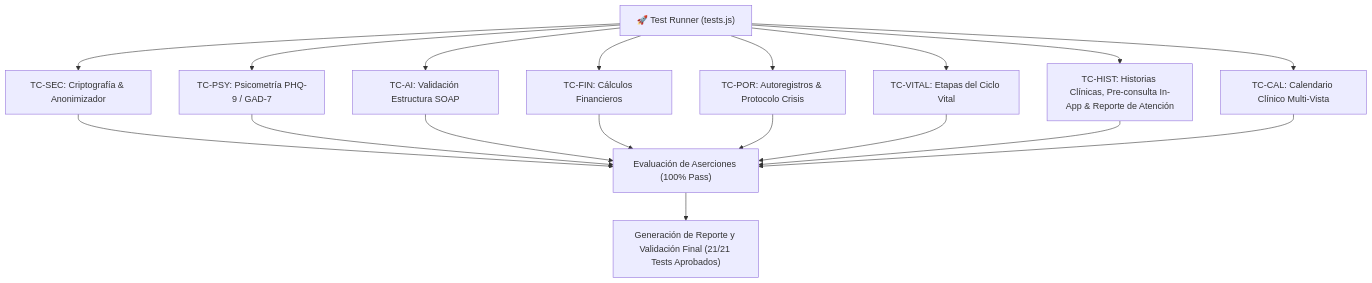
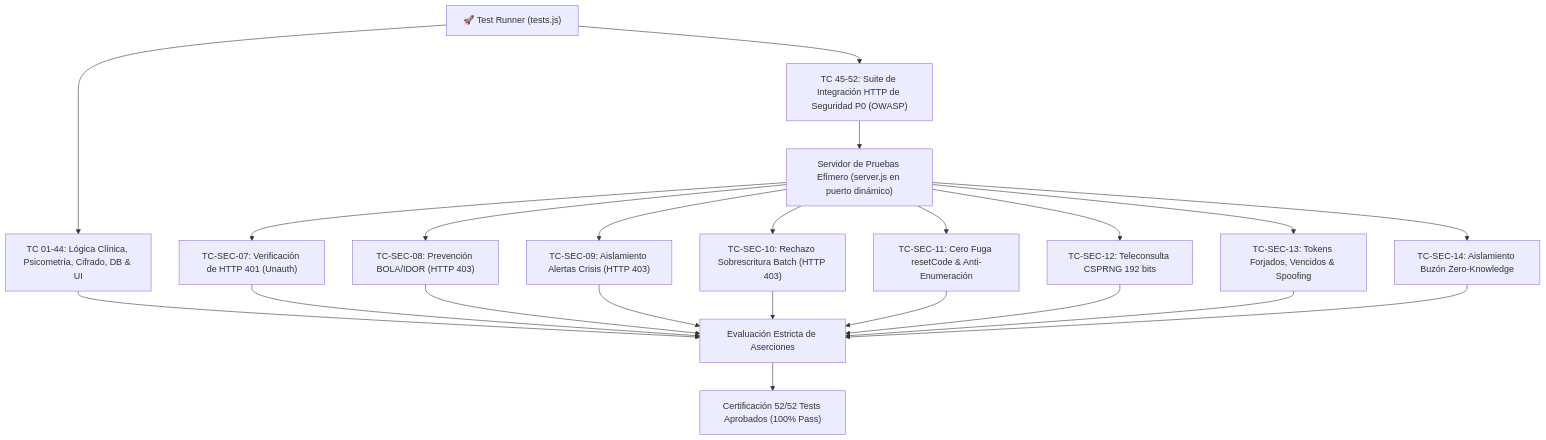
Before and after one commit to loki0923/psico-notes-clinical: the diagram in plan_pruebas.md, drawn with Mermaid. The commit also changed other lines of this file and 5 other files, not shown here.

````diff
--- a/plan_pruebas.md
+++ b/plan_pruebas.md
@@ -57,15 +85,19 @@
 ```mermaid
 flowchart TD
     Runner["🚀 Test Runner (tests.js)"]
-    Runner --> T1["TC-SEC: Criptografía & Anonimizador"]
-    Runner --> T2["TC-PSY: Psicometría PHQ-9 / GAD-7"]
-    Runner --> T3["TC-AI: Validación Estructura SOAP"]
-    Runner --> T4["TC-FIN: Cálculos Financieros"]
-    Runner --> T5["TC-POR: Autoregistros & Protocolo Crisis"]
-    Runner --> T6["TC-VITAL: Etapas del Ciclo Vital"]
-    Runner --> T7["TC-HIST: Historias Clínicas, Pre-consulta In-App & Reporte de Atención"]
-    Runner --> T8["TC-CAL: Calendario Clínico Multi-Vista"]
+    Runner --> T_Core["TC 01-44: Lógica Clínica, Psicometría, Cifrado, DB & UI"]
+    Runner --> T_SecHttp["TC 45-52: Suite de Integración HTTP de Seguridad P0 (OWASP)"]
     
-    T1 & T2 & T3 & T4 & T5 & T6 & T7 & T8 --> Assertions["Evaluación de Aserciones (100% Pass)"]
-    Assertions --> Report["Generación de Reporte y Validación Final (21/21 Tests Aprobados)"]
+    T_SecHttp --> Ephemeral["Servidor de Pruebas Efímero (server.js en puerto dinámico)"]
+    Ephemeral --> TC_401["TC-SEC-07: Verificación de HTTP 401 (Unauth)"]
+    Ephemeral --> TC_BOLA["TC-SEC-08: Prevención BOLA/IDOR (HTTP 403)"]
+    Ephemeral --> TC_Crisis["TC-SEC-09: Aislamiento Alertas Crisis (HTTP 403)"]
+    Ephemeral --> TC_Sync["TC-SEC-10: Rechazo Sobrescritura Batch (HTTP 403)"]
+    Ephemeral --> TC_Reset["TC-SEC-11: Cero Fuga resetCode & Anti-Enumeración"]
+    Ephemeral --> TC_Tele["TC-SEC-12: Teleconsulta CSPRNG 192 bits"]
+    Ephemeral --> TC_Token["TC-SEC-13: Tokens Forjados, Vencidos & Spoofing"]
+    Ephemeral --> TC_ZK["TC-SEC-14: Aislamiento Buzón Zero-Knowledge"]
+
+    T_Core & TC_401 & TC_BOLA & TC_Crisis & TC_Sync & TC_Reset & TC_Tele & TC_Token & TC_ZK --> Assertions["Evaluación Estricta de Aserciones"]
+    Assertions --> Report["Certificación 52/52 Tests Aprobados (100% Pass)"]
 ```
````
